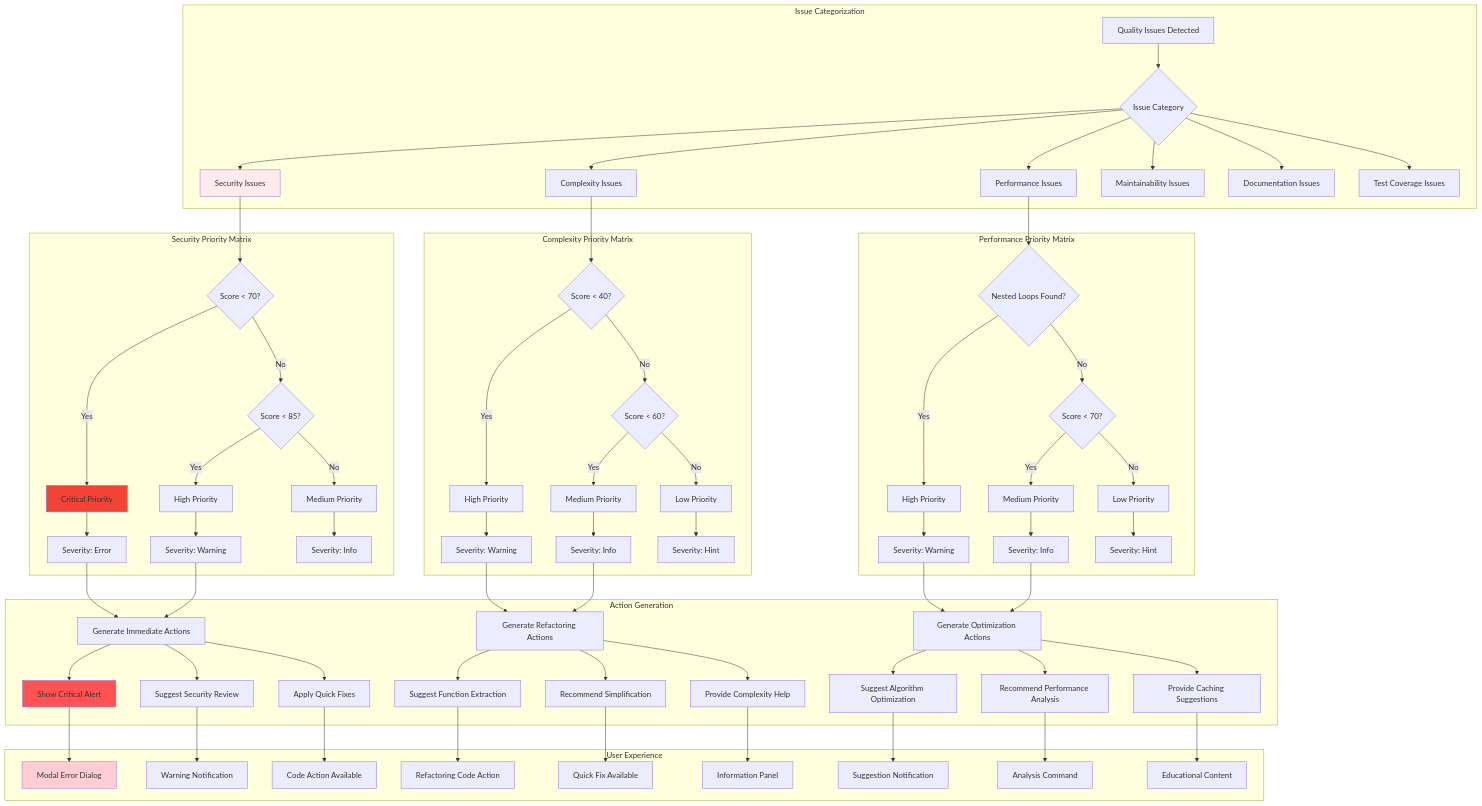
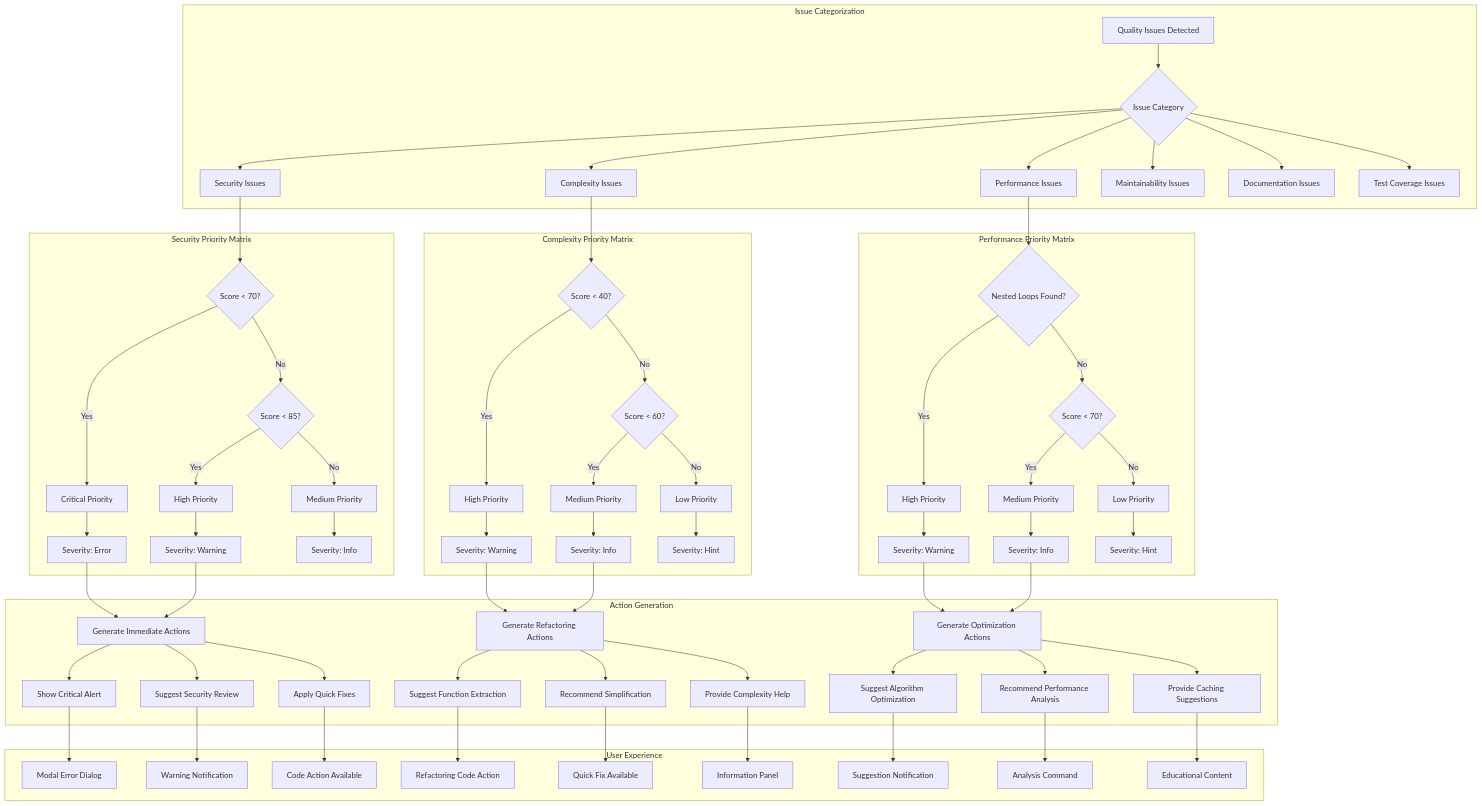
One commit to geogoesbeepboop/mastro changed the third of 5 diagrams in docs/diagrams/mastro-quality-analysis-system.md. Above: the diagram before and after it, drawn with Mermaid. The commit also changed other lines of this file and 5 other files, not shown here.

First line of the commit message:
docs: update analytics and flow diagrams for clarity

````diff
--- a/docs/diagrams/mastro-quality-analysis-system.md
+++ b/docs/diagrams/mastro-quality-analysis-system.md
@@ -219,4 +221,5 @@
 ```mermaid
+
 graph TB
     subgraph "Issue Categorization"
         A[Quality Issues Detected] --> B{Issue Category}
@@ -300,8 +303,9 @@
         K3 --> T[Educational Content]
     end
     
-    style C fill:#ffebee
-    style C2 fill:#f44336
-    style I1 fill:#ff5252
-    style L fill:#ffcdd2
+    style C fill:#ffebee color:#000000
+    style C2 fill:#f44336 color:#ffffff
+    style I1 fill:#ff5252 color:#000000
+    style L fill:#ffcdd2 color:#000000
+
 ```
````
